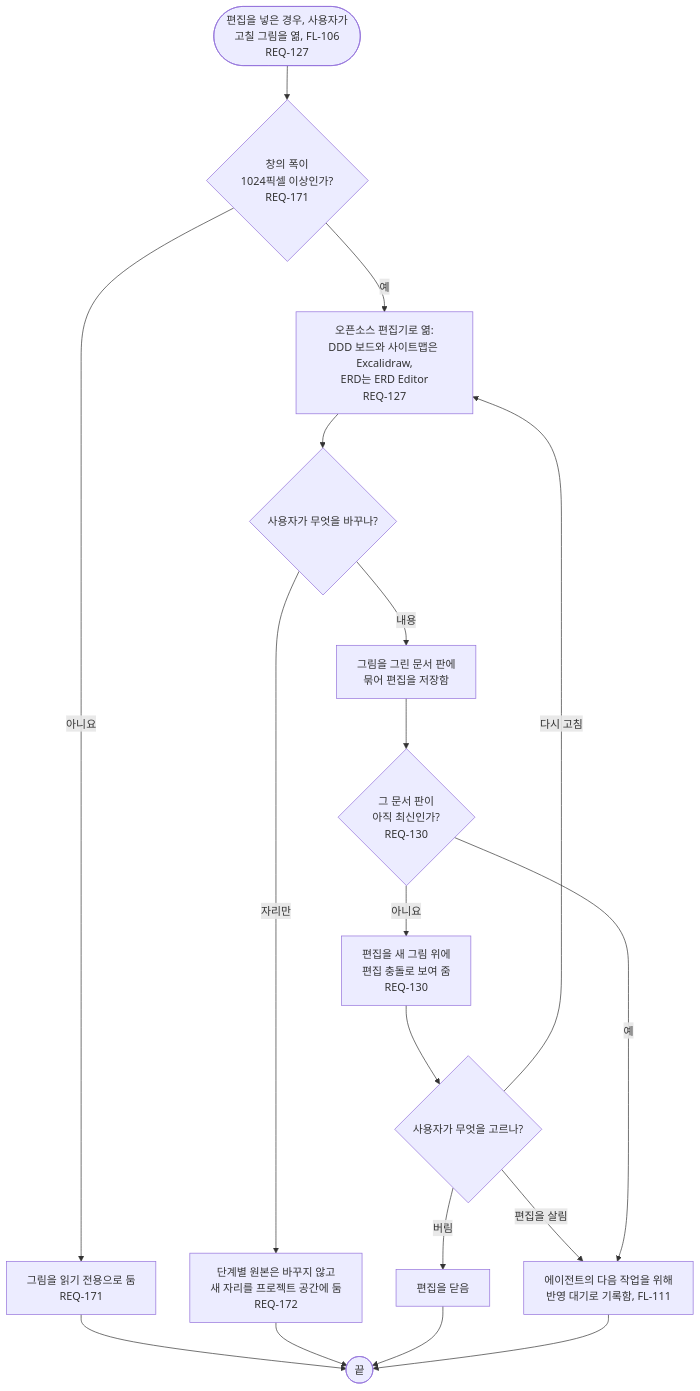
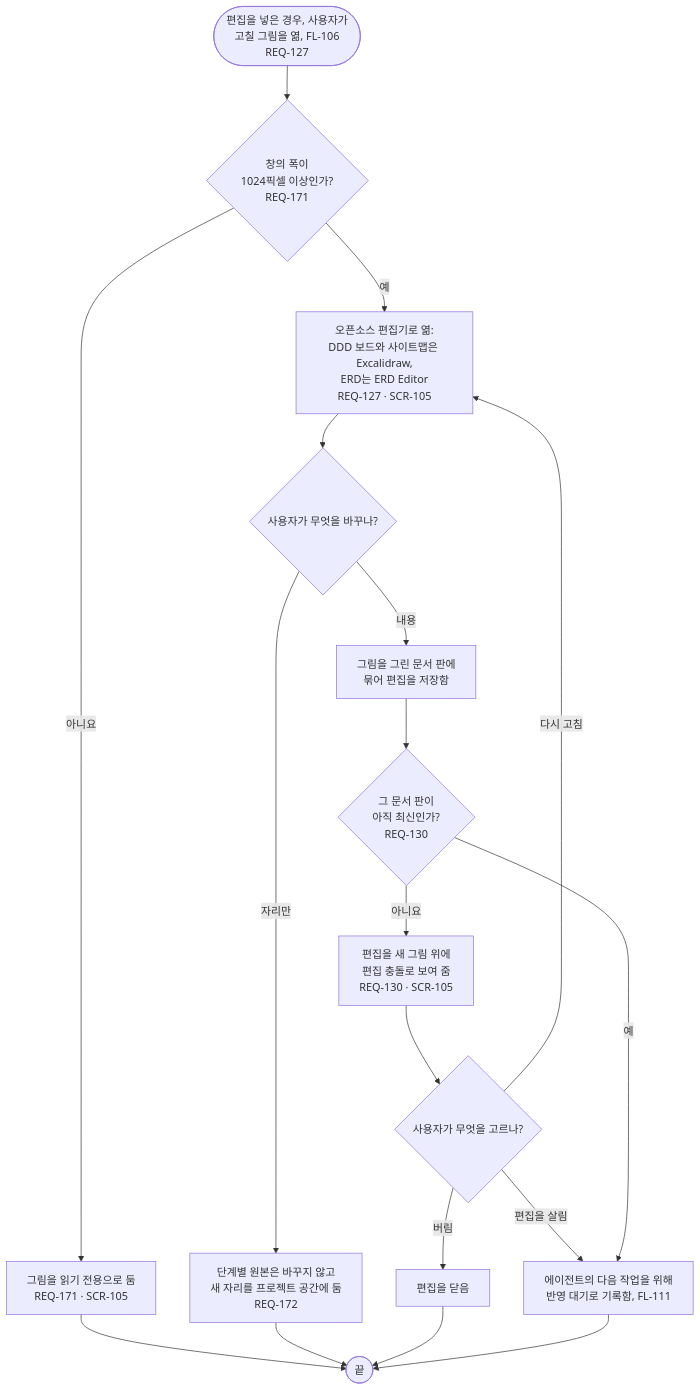
Before and after one commit to kodonghui/corthex-nexus: the diagram in docs/03-user-flow/nexus/FL-115-edit-a-picture.ko.md, drawn with Mermaid. The commit also changed 19 other files, not shown here.

````diff
--- a/docs/03-user-flow/nexus/FL-115-edit-a-picture.ko.md
+++ b/docs/03-user-flow/nexus/FL-115-edit-a-picture.ko.md
@@ -9,20 +9,20 @@
 ```mermaid
 flowchart TD
   A(["편집을 넣은 경우, 사용자가<br/>고칠 그림을 엶, FL-106<br/>REQ-127"]) --> B{"창의 폭이<br/>1024픽셀 이상인가?<br/>REQ-171"}
-  B -->|아니요| B1["그림을 읽기 전용으로 둠<br/>REQ-171"]
+  B -->|아니요| B1["그림을 읽기 전용으로 둠<br/>REQ-171 · SCR-105"]
   B1 --> Z(["끝"])
-  B -->|예| C["오픈소스 편집기로 엶:<br/>DDD 보드와 사이트맵은 Excalidraw,<br/>ERD는 ERD Editor<br/>REQ-127"]
+  B -->|예| C["오픈소스 편집기로 엶:<br/>DDD 보드와 사이트맵은 Excalidraw,<br/>ERD는 ERD Editor<br/>REQ-127 · SCR-105"]
   C --> D{"사용자가 무엇을 바꾸나?"}
   D -->|자리만| E["단계별 원본은 바꾸지 않고<br/>새 자리를 프로젝트 공간에 둠<br/>REQ-172"]
   E --> Z
   D -->|내용| F["그림을 그린 문서 판에<br/>묶어 편집을 저장함"]
   F --> G{"그 문서 판이<br/>아직 최신인가?<br/>REQ-130"}
-  G -->|아니요| H["편집을 새 그림 위에<br/>편집 충돌로 보여 줌<br/>REQ-130"]
+  G -->|아니요| H["편집을 새 그림 위에<br/>편집 충돌로 보여 줌<br/>REQ-130 · SCR-105"]
   H --> I{"사용자가 무엇을 고르나?"}
   I -->|편집을 살림| J
   I -->|다시 고침| C
   I -->|버림| I1["편집을 닫음"]
   I1 --> Z
   G -->|예| J["에이전트의 다음 작업을 위해<br/>반영 대기로 기록함, FL-111"]
   J --> Z
 ```
````
